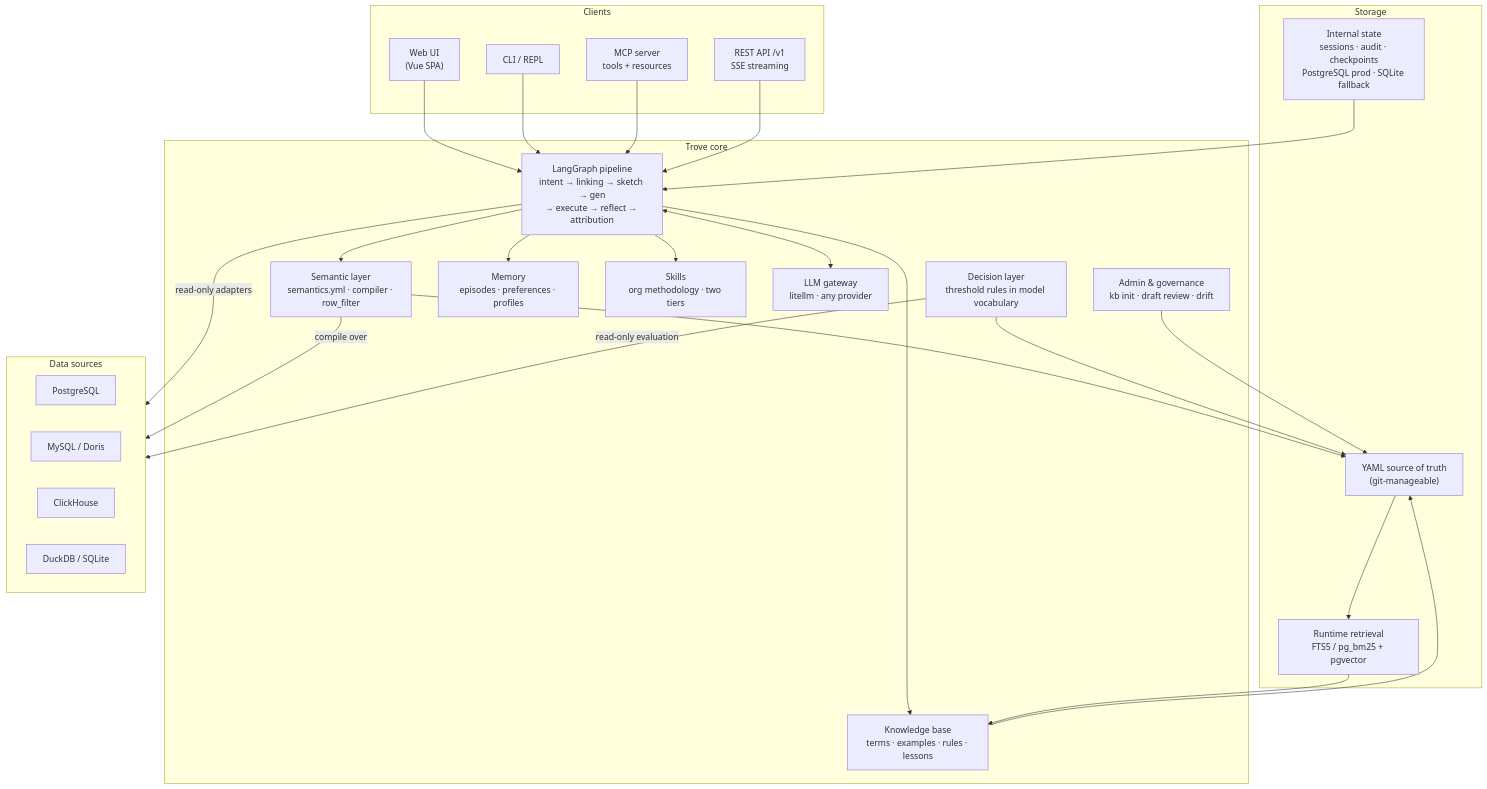
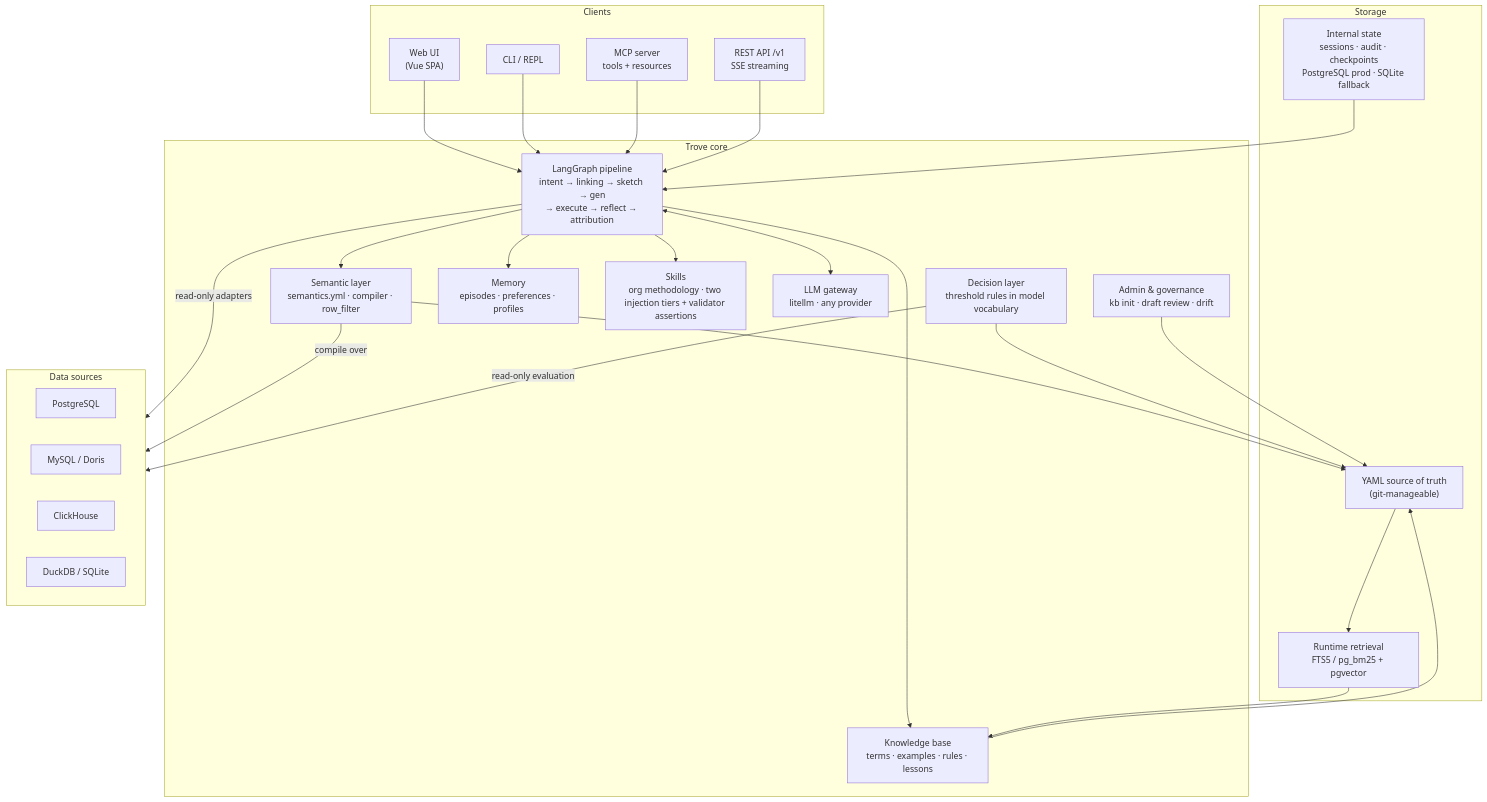
One commit to Nivane/trove changed the first of 4 diagrams in README.en.md. Above: the diagram before and after it, drawn with Mermaid. The commit also changed other lines of this file and 25 other files, not shown here.

````diff
--- a/README.en.md
+++ b/README.en.md
@@ -74,47 +74,47 @@
 ```mermaid
 flowchart TB
     subgraph clients["Clients"]
         UI["Web UI<br/>(Vue SPA)"]
         REPL["CLI / REPL"]
         MCP["MCP server<br/>tools + resources"]
         API["REST API /v1<br/>SSE streaming"]
     end
 
     subgraph core["Trove core"]
         wf["LangGraph pipeline<br/>intent → linking → sketch → gen<br/>→ execute → reflect → attribution"]
         semantic["Semantic layer<br/>semantics.yml · compiler · row_filter"]
         kb["Knowledge base<br/>terms · examples · rules · lessons"]
         decision["Decision layer<br/>threshold rules in model vocabulary"]
         memory["Memory<br/>episodes · preferences · profiles"]
-        skills["Skills<br/>org methodology · two tiers"]
+        skills["Skills<br/>org methodology · two injection tiers + validator assertions"]
         llm["LLM gateway<br/>litellm · any provider"]
         admin["Admin & governance<br/>kb init · draft review · drift"]
     end
 
     subgraph store["Storage"]
         yaml_src["YAML source of truth<br/>(git-manageable)"]
         rt["Runtime retrieval<br/>FTS5 / pg_bm25 + pgvector"]
         state_store["Internal state<br/>sessions · audit · checkpoints<br/>PostgreSQL prod · SQLite fallback"]
     end
 
     subgraph sources["Data sources"]
         src_pg["PostgreSQL"]
         src_my["MySQL / Doris"]
         src_ch["ClickHouse"]
         src_dk["DuckDB / SQLite"]
     end
 
     UI & REPL & MCP & API --> wf
     wf <--> llm
     wf --> semantic & kb & memory & skills
     semantic --> yaml_src
     kb --> yaml_src
     decision --> yaml_src
     yaml_src --> rt
     rt --> kb
     wf -->|"read-only adapters"| sources
     semantic -->|"compile over"| sources
     decision -->|"read-only evaluation"| sources
     admin --> yaml_src
     state_store --> wf
 ```
````
